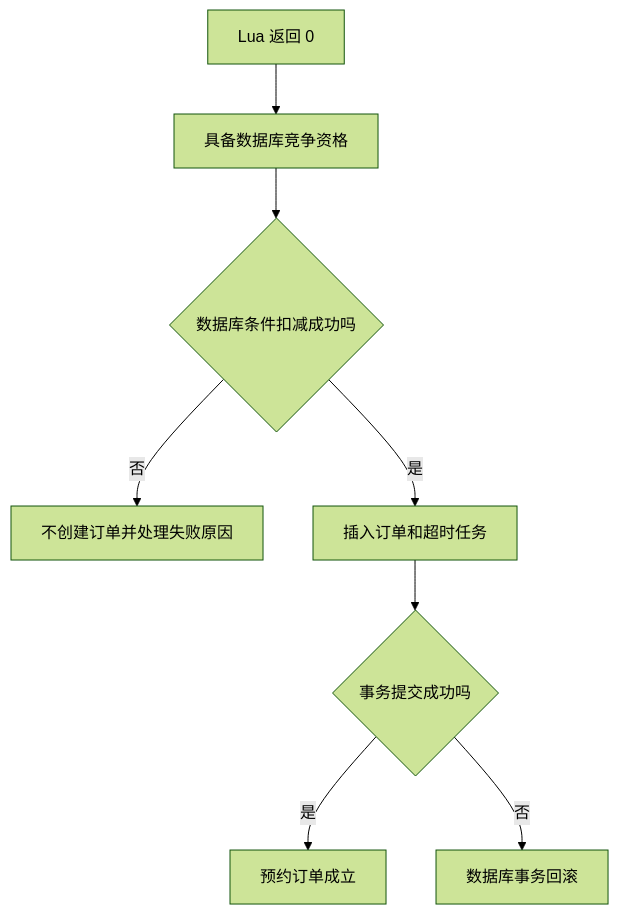
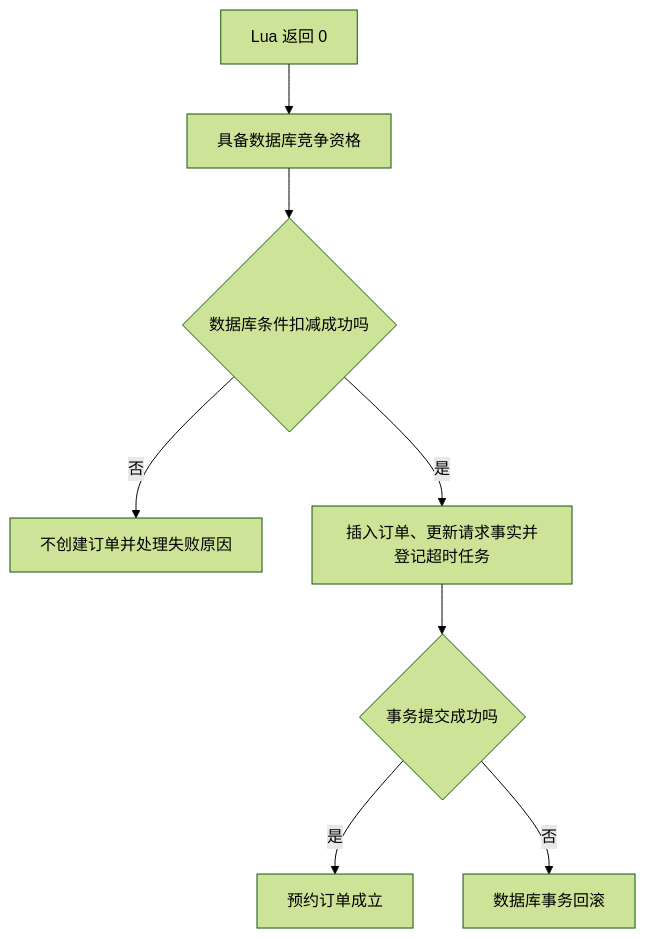
One commit to SyH-101/citypass-platform changed the fifth of 12 diagrams in 01-异步预约与防超卖.md. Above: the diagram before and after it, drawn with Mermaid (forest theme). The commit also changed other lines of this file and 1 other file, not shown here.

````diff
--- a/01-异步预约与防超卖.md
+++ b/01-异步预约与防超卖.md
@@ -447,10 +479,10 @@
 ```mermaid
 flowchart TD
     L[Lua 返回 0] --> C[具备数据库竞争资格]
     C --> U{数据库条件扣减成功吗}
     U -->|否| F[不创建订单并处理失败原因]
-    U -->|是| I[插入订单和超时任务]
+    U -->|是| I[插入订单、更新请求事实并登记超时任务]
     I --> T{事务提交成功吗}
     T -->|是| S[预约订单成立]
     T -->|否| R[数据库事务回滚]
 ```
````
